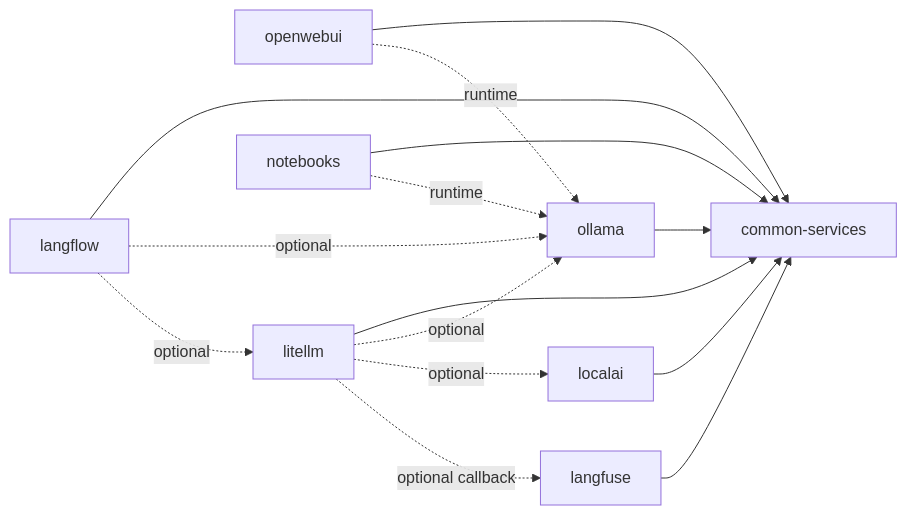
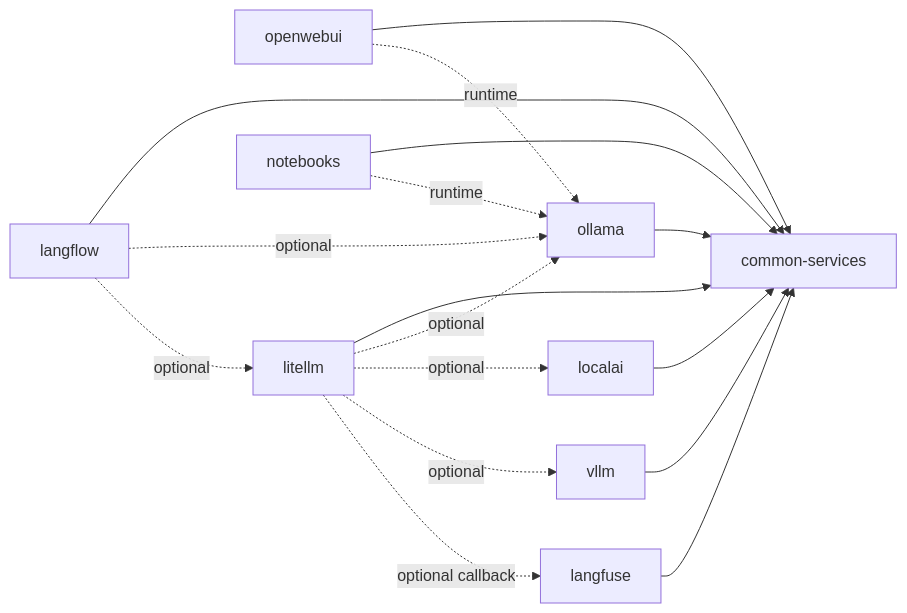
Before and after one commit to arthurTemporim/llm-lab: the second of 2 diagrams in docs/ARCHITECTURE.md, drawn with Mermaid. The commit also changed other lines of this file and 11 other files, not shown here.

````diff
--- a/docs/ARCHITECTURE.md
+++ b/docs/ARCHITECTURE.md
@@ -53,16 +54,17 @@
 ```mermaid
 flowchart LR
     cs["common-services"]
     oll["ollama"] --> cs
     lai["localai"] --> cs
+    vl["vllm"] --> cs
     owui["openwebui"] --> cs
     owui -. runtime .-> oll
     lflow["langflow"] --> cs
     lflow -. optional .-> oll & llm
     nb["notebooks"] --> cs
     nb -. runtime .-> oll
     llm["litellm"] --> cs
-    llm -. optional .-> oll & lai
+    llm -. optional .-> oll & lai & vl
     lf["langfuse"] --> cs
     llm -. optional callback .-> lf
 ```
````
